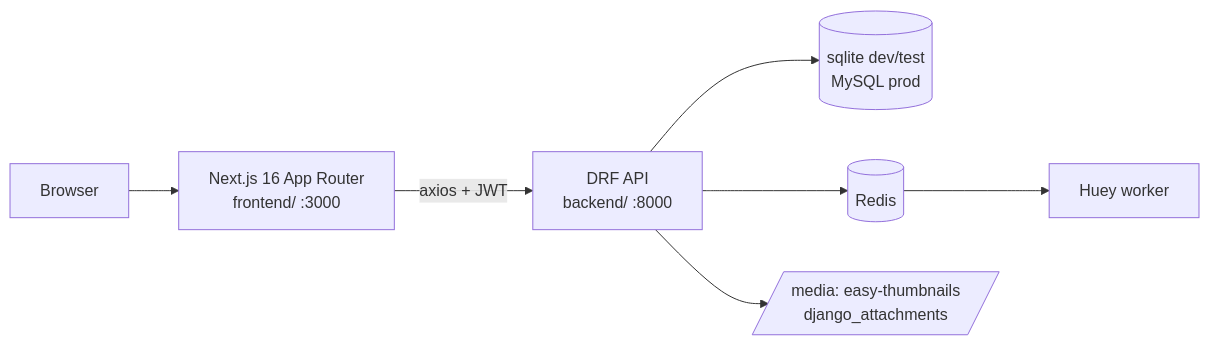
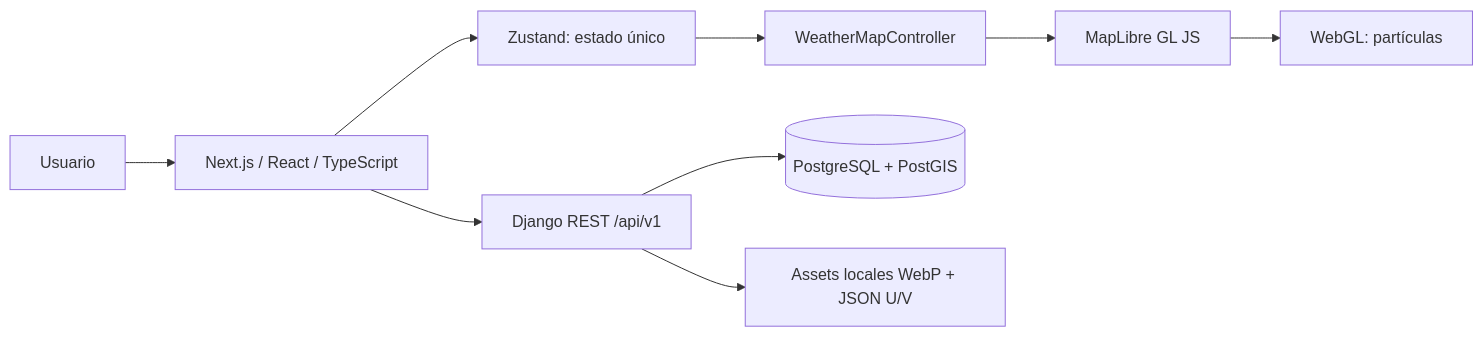
One commit to carlos18bp/aviation_weather_viewer_project changed the first of 4 diagrams in docs/methodology/architecture.md. Above: the diagram before and after it, drawn with Mermaid. The commit also changed other lines of this file and 22 other files, not shown here.

````diff
--- a/docs/methodology/architecture.md
+++ b/docs/methodology/architecture.md
@@ -7,9 +8,11 @@
 ```mermaid
 flowchart LR
-    B[Browser] --> N[Next.js 16 App Router\nfrontend/ :3000]
-    N -- axios + JWT --> D[DRF API\nbackend/ :8000]
-    D --> DB[(sqlite dev/test\nMySQL prod)]
-    D --> R[(Redis)]
-    R --> H[Huey worker]
-    D --> M[/media: easy-thumbnails\ndjango_attachments/]
+    U[Usuario] --> N[Next.js / React / TypeScript]
+    N --> S[Zustand: estado único]
+    S --> C[WeatherMapController]
+    C --> M[MapLibre GL JS]
+    M --> W[WebGL: partículas]
+    N --> A[Django REST /api/v1]
+    A --> P[(PostgreSQL + PostGIS)]
+    A --> F[Assets locales WebP + JSON U/V]
 ```
````
